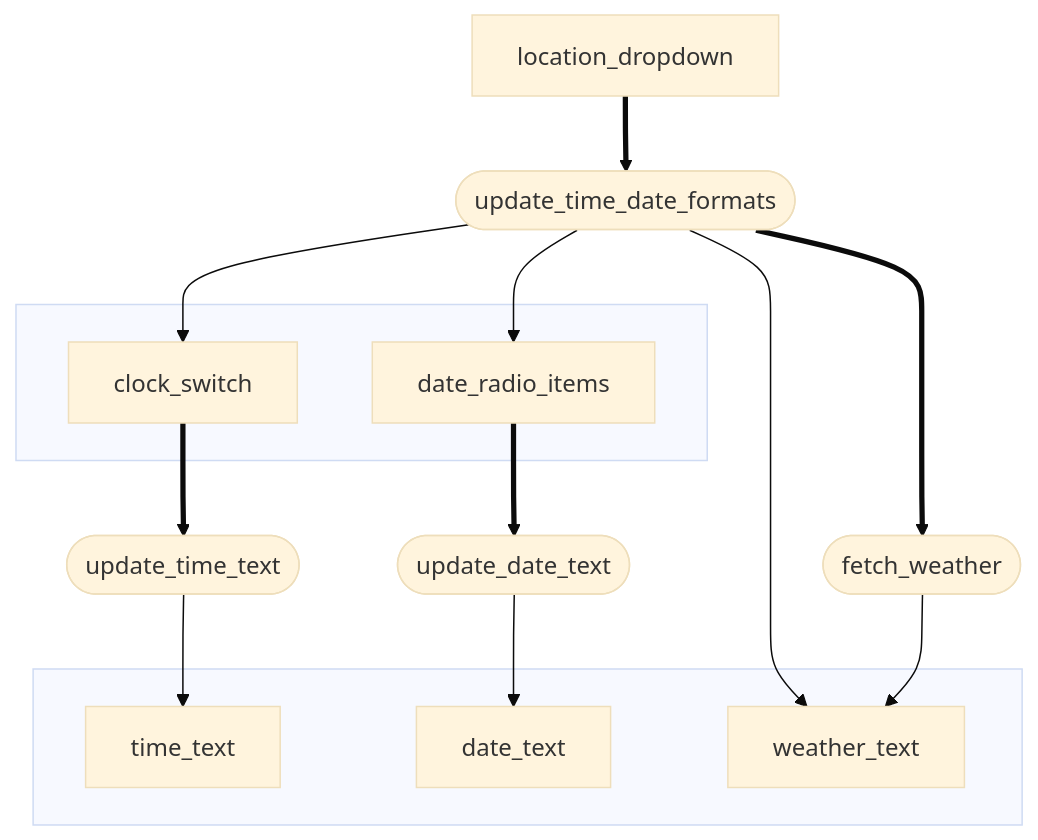
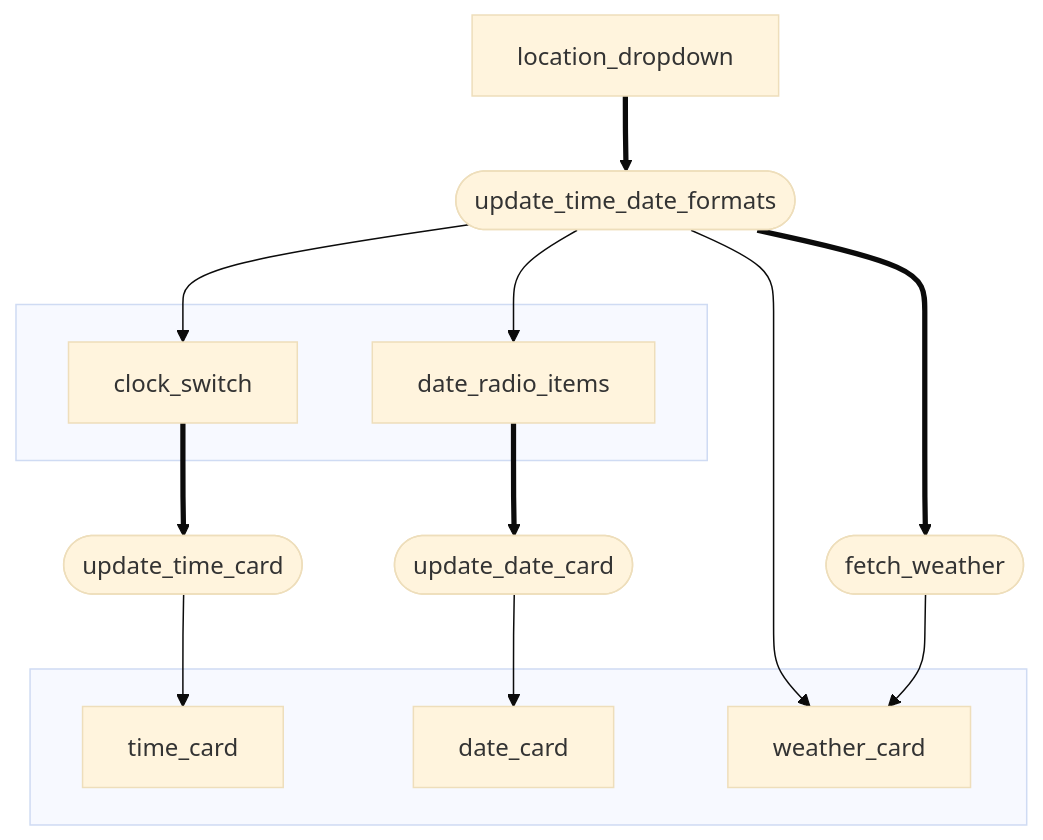
The sixth of 6 diagrams in vizro-core/docs/pages/tutorials/custom-actions.md (mckinsey/vizro), drawn with Mermaid (base theme) before and after one commit. The commit also changed other lines of this file, not shown here.

Commit message:
Tutorial: Change styling to use Card and emojis

````diff
--- a/vizro-core/docs/pages/tutorials/custom-actions.md
+++ b/vizro-core/docs/pages/tutorials/custom-actions.md
@@ -747,24 +747,24 @@
 ```mermaid
 graph TD
   subgraph screen_1[" "]
     clock_switch
     date_radio_items
   end
 
   subgraph screen_2[" "]
-    time_text
-    date_text
-    weather_text
+    time_card
+    date_card
+    weather_card
   end
 
-  update_time_text --> time_text
-  update_date_text --> date_text
-  update_time_date_formats --> weather_text & clock_switch & date_radio_items
-  fetch_weather --> weather_text
+  update_time_card --> time_card
+  update_date_card --> date_card
+  update_time_date_formats --> weather_card & clock_switch & date_radio_items
+  fetch_weather --> weather_card
 
   location_dropdown ==> update_time_date_formats([update_time_date_formats])
   update_time_date_formats ==> fetch_weather([fetch_weather])
-  clock_switch ==> update_time_text([update_time_text])
-  date_radio_items ==> update_date_text([update_date_text])
+  clock_switch ==> update_time_card([update_time_card])
+  date_radio_items ==> update_date_card([update_date_card])
 
 ```
````
